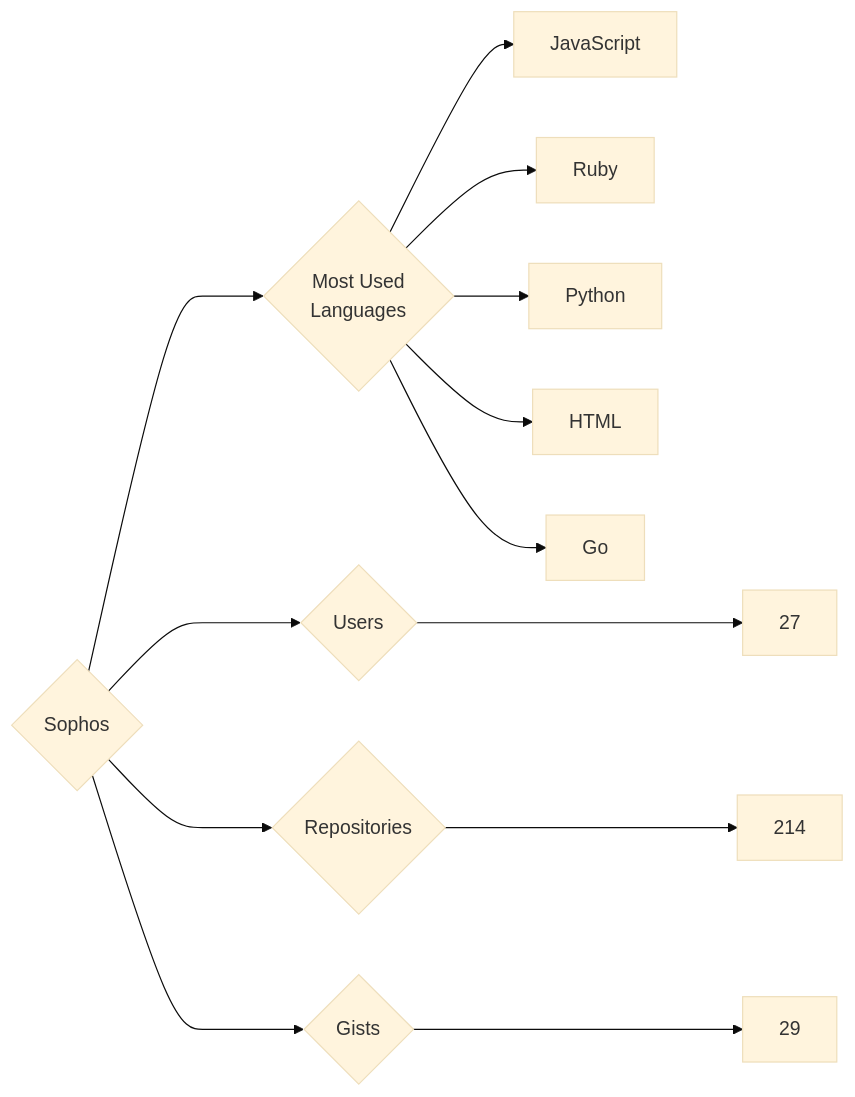
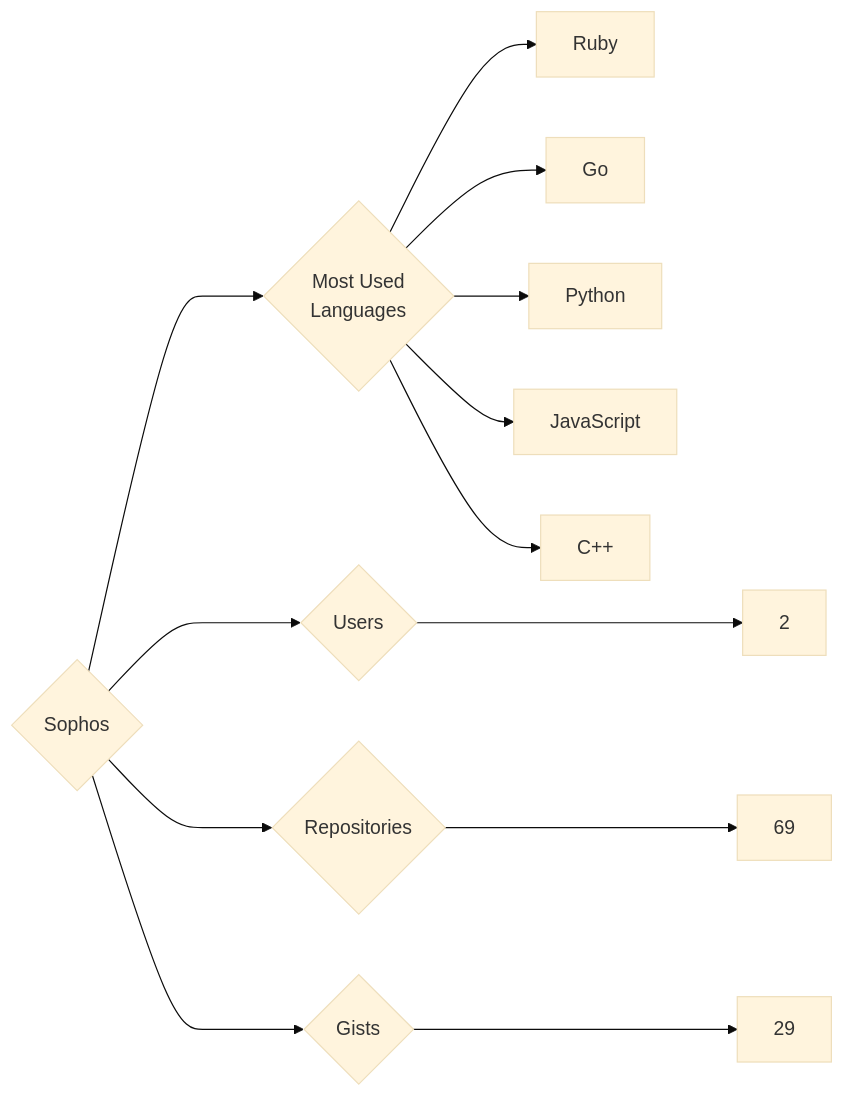
The diagram in targets/Sophos/README.md (trickest/insiders), drawn with Mermaid (base theme) before and after one commit. The commit also changed 833 other files, not shown here.

````diff
--- a/targets/Sophos/README.md
+++ b/targets/Sophos/README.md
@@ -3,13 +3,13 @@
 ```mermaid
 graph LR
 COMPANY_NAME{Sophos}
-COMPANY_NAME ---> U{Users} ---> UN[27]
-COMPANY_NAME ---> R{Repositories} ---> RN[214]
+COMPANY_NAME ---> U{Users} ---> UN[2]
+COMPANY_NAME ---> R{Repositories} ---> RN[69]
 COMPANY_NAME ---> G{Gists} ---> GN[29]
 COMPANY_NAME ---> ML{Most Used<br>Languages}
+ML --> Ruby[Ruby]
+ML --> Go[Go]
+ML --> Python[Python]
 ML --> JavaScript[JavaScript]
-ML --> Ruby[Ruby]
-ML --> Python[Python]
-ML --> HTML[HTML]
-ML --> Go[Go]
+ML --> C++[C++]
 ```
````
